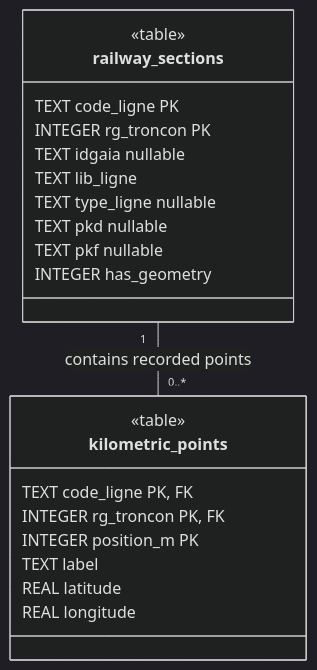
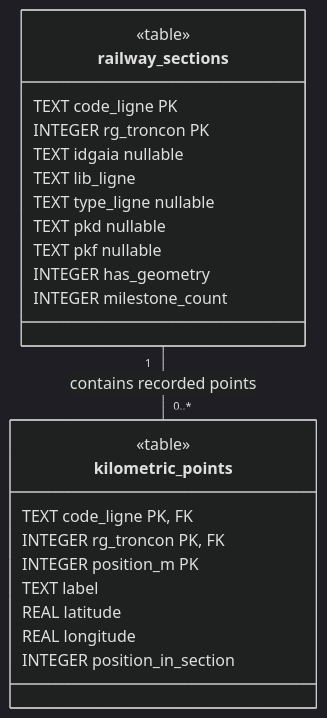
One commit to LeoooJR/AROW-mobile changed the diagram in docs/railway-database.md. Above: the diagram before and after it, drawn with Mermaid (dark theme). The commit also changed other lines of this file and 20 other files, not shown here.

````diff
--- a/docs/railway-database.md
+++ b/docs/railway-database.md
@@ -12,28 +12,30 @@
 ```mermaid
 classDiagram
     direction TB
 
     class railway_sections {
         <<table>>
         TEXT code_ligne PK
         INTEGER rg_troncon PK
         TEXT idgaia nullable
         TEXT lib_ligne
         TEXT type_ligne nullable
         TEXT pkd nullable
         TEXT pkf nullable
         INTEGER has_geometry
+        INTEGER milestone_count
     }
 
     class kilometric_points {
         <<table>>
         TEXT code_ligne PK, FK
         INTEGER rg_troncon PK, FK
         INTEGER position_m PK
         TEXT label
         REAL latitude
         REAL longitude
+        INTEGER position_in_section
     }
 
     railway_sections "1" -- "0..*" kilometric_points : contains recorded points
 ```
````
